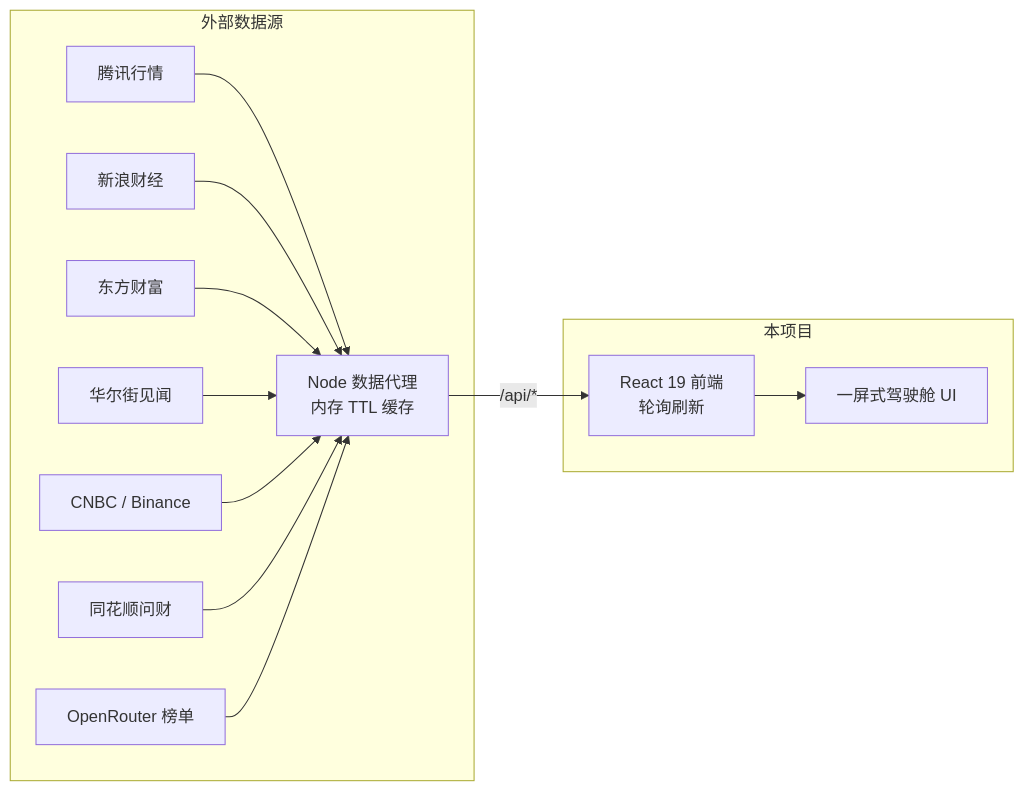
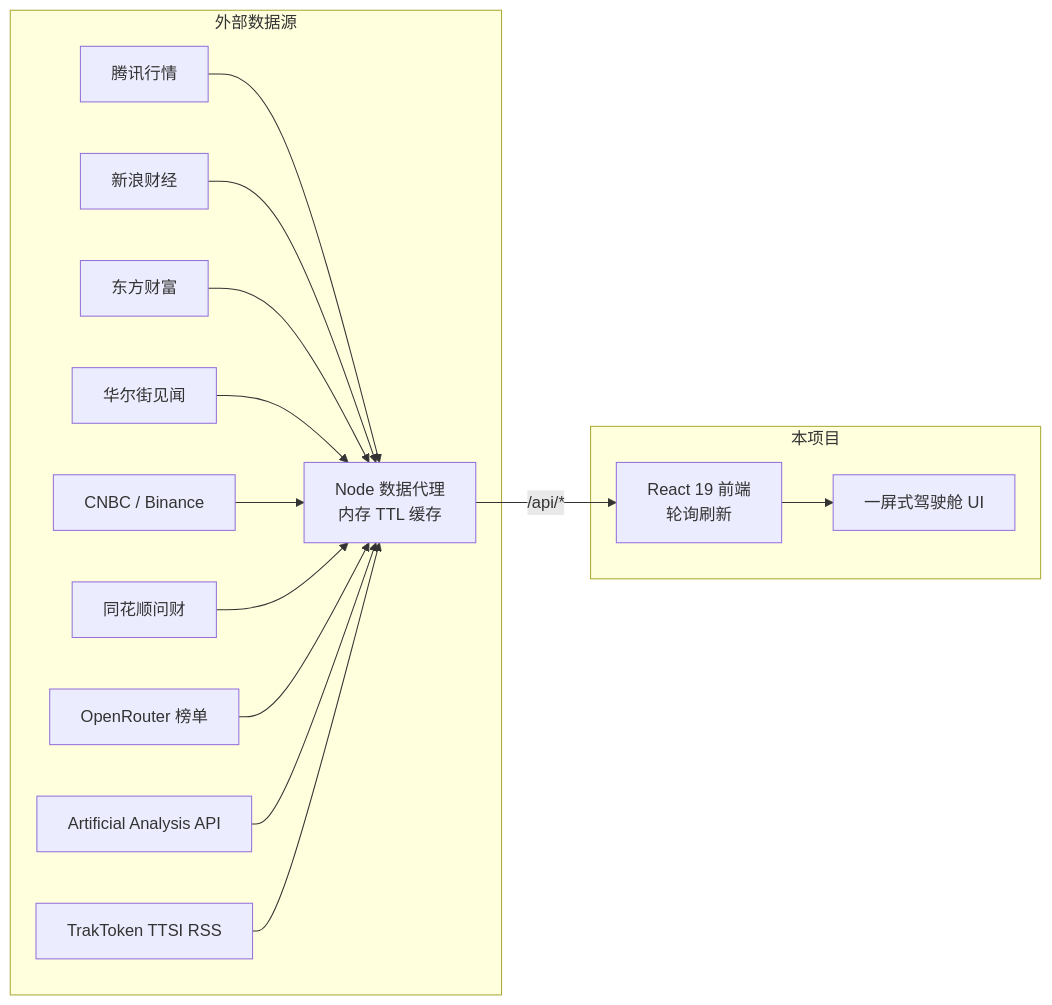
The diagram in README_CN.md (bluefish96666-lab/marketingdashboard), drawn with Mermaid before and after one commit. The commit also changed other lines of this file and 6 other files, not shown here.

````diff
--- a/README_CN.md
+++ b/README_CN.md
@@ -42,16 +43,18 @@
 ```mermaid
 flowchart LR
     subgraph 外部数据源
         A[腾讯行情] --> D
         B[新浪财经] --> D
         C1[东方财富] --> D
         C2[华尔街见闻] --> D
         C3[CNBC / Binance] --> D
         C4[同花顺问财] --> D
         C5[OpenRouter 榜单] --> D
+        C6[Artificial Analysis API] --> D
+        C7[TrakToken TTSI RSS] --> D
     end
     subgraph 本项目
         D["Node 数据代理<br/>内存 TTL 缓存"] -->|"/api/*"| E["React 19 前端<br/>轮询刷新"]
         E --> F[一屏式驾驶舱 UI]
     end
 ```
````
